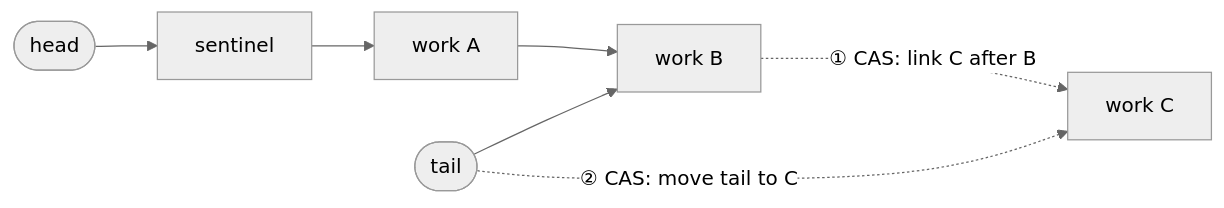
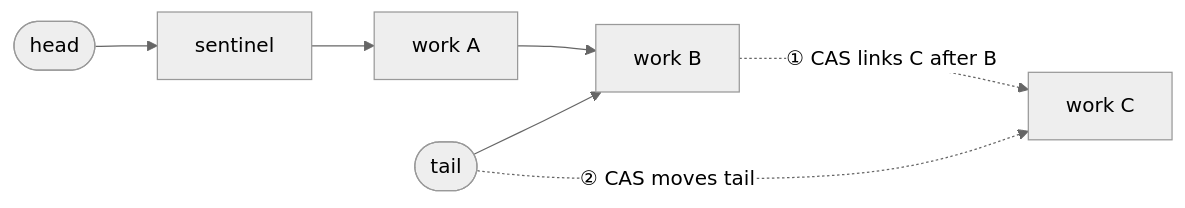
One commit to joshuay03/raptor changed the sixth of 18 diagrams in docs/talk.md. Above: the diagram before and after it, drawn with Mermaid (neutral theme). The commit also changed other lines of this file and 3 other files, not shown here.

````diff
--- a/docs/talk.md
+++ b/docs/talk.md
@@ -504,7 +507,7 @@
 ```mermaid
 flowchart LR
     H(["head"]) --> S["sentinel"] --> A["work A"] --> B["work B"]
     T(["tail"]) --> B
-    B -. "① CAS: link C after B" .-> C["work C"]
-    T -. "② CAS: move tail to C" .-> C
+    B -. "① CAS links C after B" .-> C["work C"]
+    T -. "② CAS moves tail" .-> C
 ```
````
